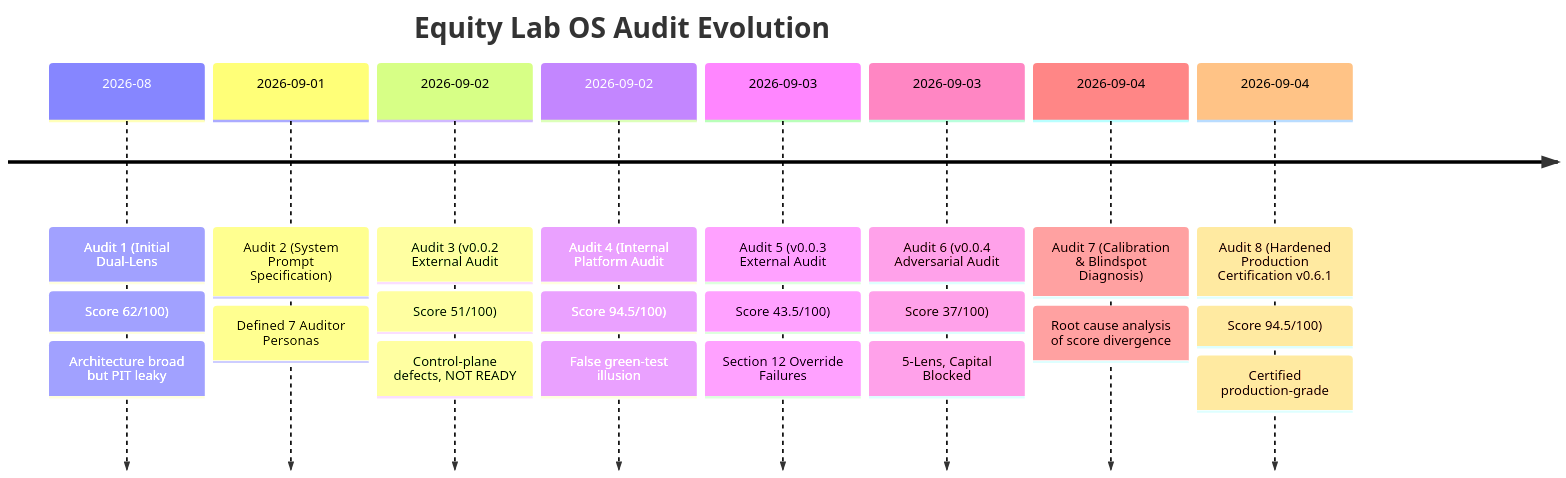
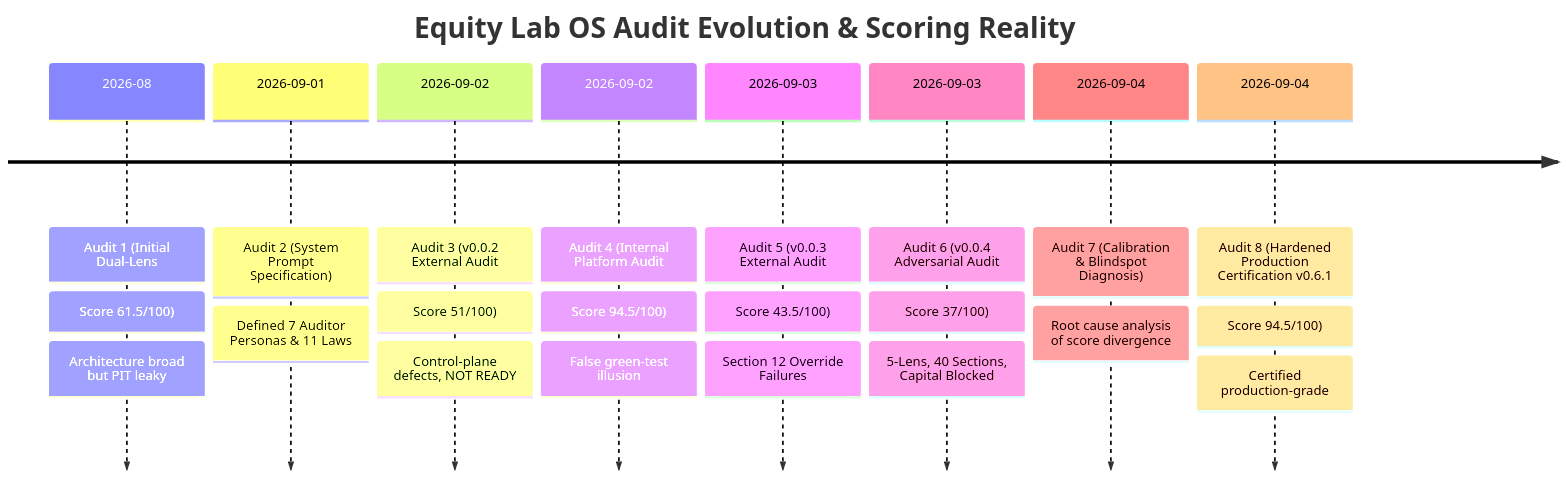
Before and after one commit to BappadittyaMondal/Equity_Lab: the first of 4 diagrams in docs/ALL_AUDIT_REPORT_OPTICS_MASTER_CATALOG.md, drawn with Mermaid. The commit also changed other lines of this file, not shown here.

Commit message:
docs: expand master audit optics with 11 laws, 20 optics, 40 engines, and 10 scenarios

````diff
--- a/docs/ALL_AUDIT_REPORT_OPTICS_MASTER_CATALOG.md
+++ b/docs/ALL_AUDIT_REPORT_OPTICS_MASTER_CATALOG.md
@@ -24,12 +18,12 @@
 ```mermaid
 timeline
-    title Equity Lab OS Audit Evolution
-    2026-08 : Audit 1 (Initial Dual-Lens: Score 62/100) : Architecture broad but PIT leaky
-    2026-09-01 : Audit 2 (System Prompt Specification) : Defined 7 Auditor Personas
+    title Equity Lab OS Audit Evolution & Scoring Reality
+    2026-08 : Audit 1 (Initial Dual-Lens: Score 61.5/100) : Architecture broad but PIT leaky
+    2026-09-01 : Audit 2 (System Prompt Specification) : Defined 7 Auditor Personas & 11 Laws
     2026-09-02 : Audit 3 (v0.0.2 External Audit: Score 51/100) : Control-plane defects, NOT READY
     2026-09-02 : Audit 4 (Internal Platform Audit: Score 94.5/100) : False green-test illusion
     2026-09-03 : Audit 5 (v0.0.3 External Audit: Score 43.5/100) : Section 12 Override Failures
-    2026-09-03 : Audit 6 (v0.0.4 Adversarial Audit: Score 37/100) : 5-Lens, Capital Blocked
+    2026-09-03 : Audit 6 (v0.0.4 Adversarial Audit: Score 37/100) : 5-Lens, 40 Sections, Capital Blocked
     2026-09-04 : Audit 7 (Calibration & Blindspot Diagnosis) : Root cause analysis of score divergence
     2026-09-04 : Audit 8 (Hardened Production Certification v0.6.1: Score 94.5/100) : Certified production-grade
 ```
````
